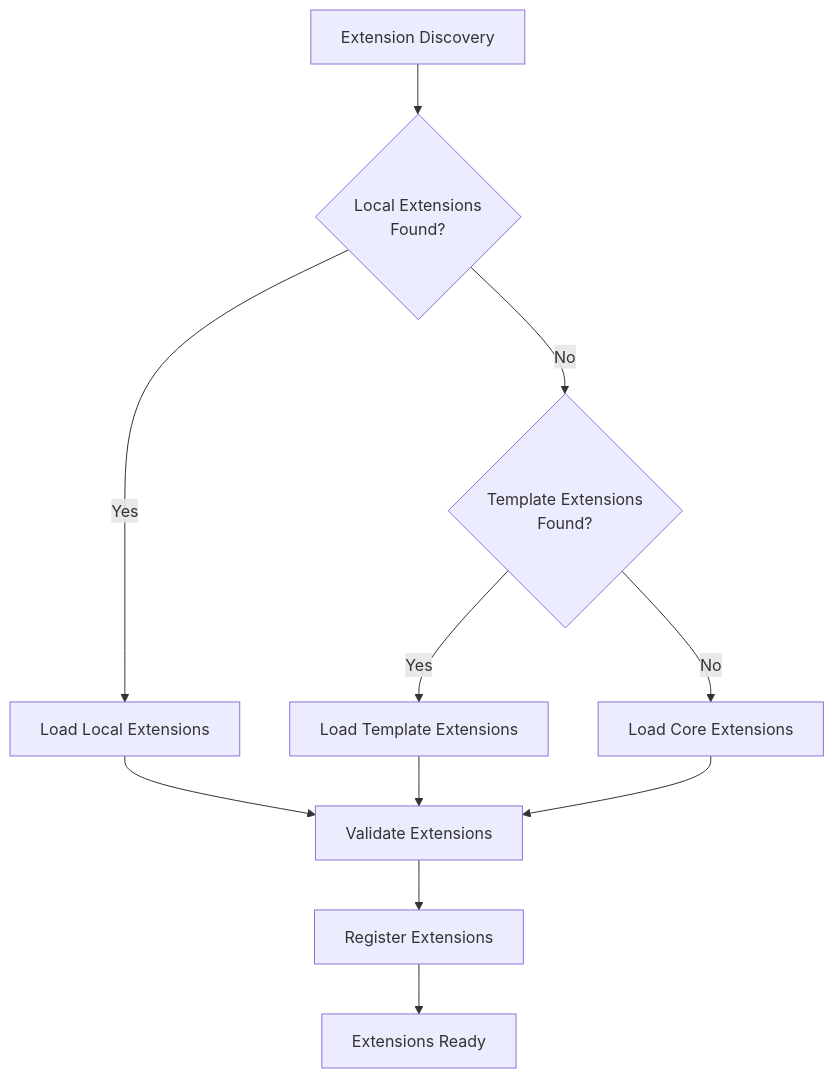
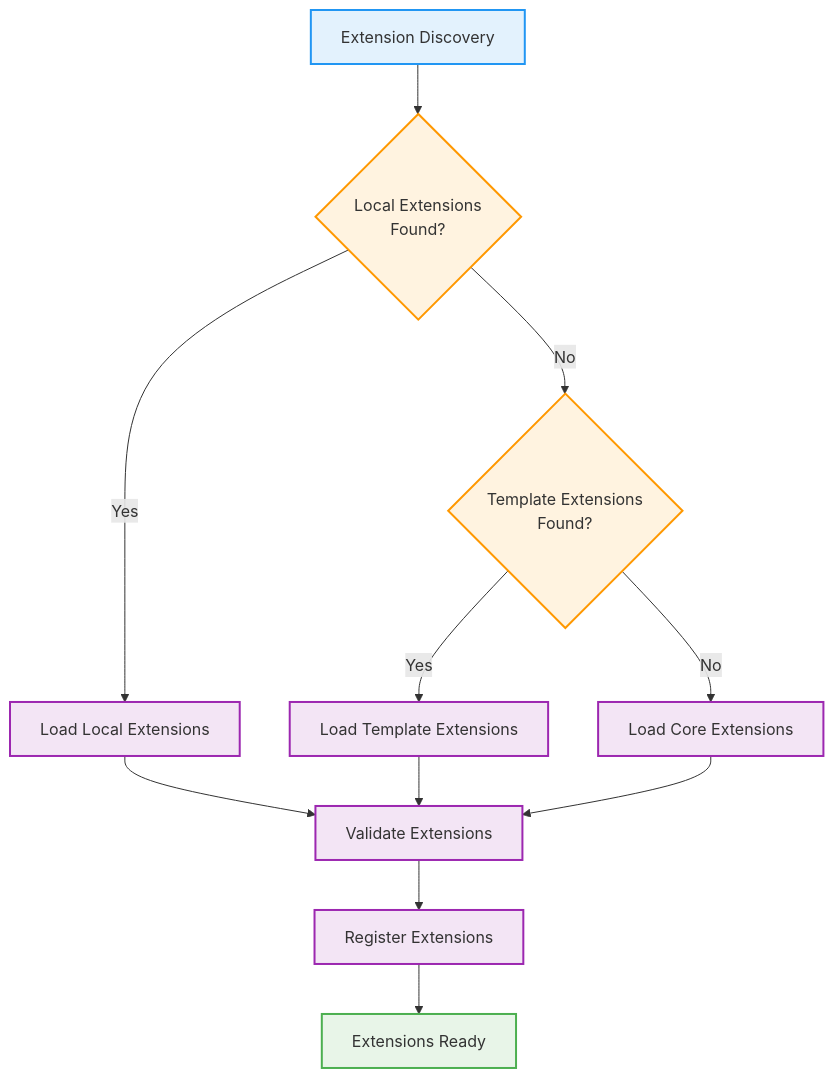
The fifth of 8 diagrams in docs/architecture.md (renz-adarayan/ingenious), drawn with Mermaid before and after one commit. The commit also changed other lines of this file and 8 other files, not shown here.

````diff
--- a/docs/architecture.md
+++ b/docs/architecture.md
@@ -261,16 +267,26 @@
 ```mermaid
-graph TB
-    DISCOVERY[Extension Discovery] --> LOCAL{Local Extensions<br/>Found?}
-    LOCAL -->|Yes| LOAD_LOCAL[Load Local Extensions]
-    LOCAL -->|No| TEMPLATE{Template Extensions<br/>Found?}
+flowchart TB
+    DISCOVERY["Extension Discovery"] --> LOCAL{"Local Extensions<br/>Found?"}
+    LOCAL -->|"Yes"| LOAD_LOCAL["Load Local Extensions"]
+    LOCAL -->|"No"| TEMPLATE{"Template Extensions<br/>Found?"}
 
-    TEMPLATE -->|Yes| LOAD_TEMPLATE[Load Template Extensions]
-    TEMPLATE -->|No| CORE[Load Core Extensions]
+    TEMPLATE -->|"Yes"| LOAD_TEMPLATE["Load Template Extensions"]
+    TEMPLATE -->|"No"| CORE["Load Core Extensions"]
 
-    LOAD_LOCAL --> VALIDATE[Validate Extensions]
+    LOAD_LOCAL --> VALIDATE["Validate Extensions"]
     LOAD_TEMPLATE --> VALIDATE
     CORE --> VALIDATE
 
-    VALIDATE --> REGISTER[Register Extensions]
-    REGISTER --> READY[Extensions Ready]
+    VALIDATE --> REGISTER["Register Extensions"]
+    REGISTER --> READY["Extensions Ready"]
+
+    classDef discovery fill:#e3f2fd,stroke:#2196f3,stroke-width:2px
+    classDef decision fill:#fff3e0,stroke:#ff9800,stroke-width:2px
+    classDef process fill:#f3e5f5,stroke:#9c27b0,stroke-width:2px
+    classDef success fill:#e8f5e8,stroke:#4caf50,stroke-width:2px
+
+    class DISCOVERY discovery
+    class LOCAL,TEMPLATE decision
+    class LOAD_LOCAL,LOAD_TEMPLATE,CORE,VALIDATE,REGISTER process
+    class READY success
 ```
````
